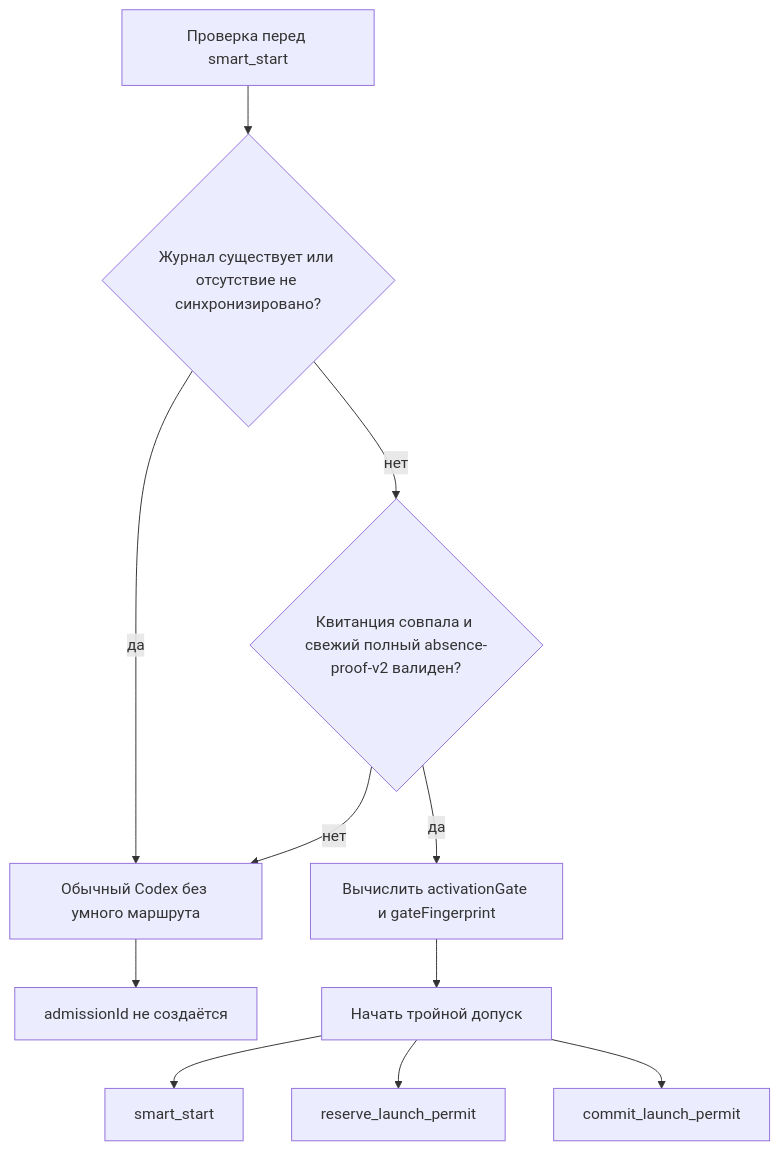
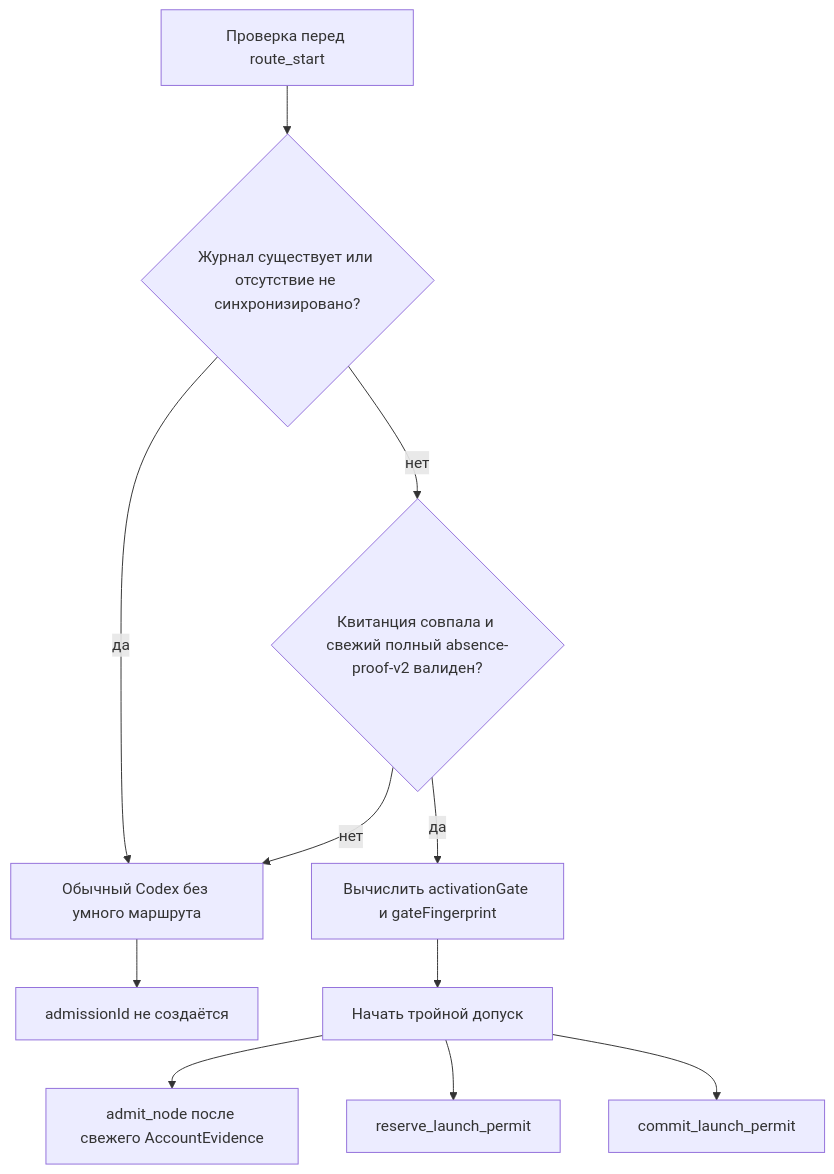
The fifth of 5 diagrams in docs/plans/2026-07-17-codex-capability-compatibility-idempotent-lifecycle-design.md (RussianLioN/codex-settings), drawn with Mermaid before and after one commit. The commit also changed other lines of this file and 291 other files, not shown here.

````diff
--- a/docs/plans/2026-07-17-codex-capability-compatibility-idempotent-lifecycle-design.md
+++ b/docs/plans/2026-07-17-codex-capability-compatibility-idempotent-lifecycle-design.md
@@ -337,13 +385,13 @@
 ```mermaid
 flowchart TD
-    I[Проверка перед smart_start] --> J{Журнал существует или отсутствие не синхронизировано?}
+    I[Проверка перед route_start] --> J{Журнал существует или отсутствие не синхронизировано?}
     J -->|да| O[Обычный Codex без умного маршрута]
     O --> N[admissionId не создаётся]
     J -->|нет| R{Квитанция совпала и свежий полный absence-proof-v2 валиден?}
     R -->|нет| O
     R -->|да| G[Вычислить activationGate и gateFingerprint]
     G --> T[Начать тройной допуск]
-    T --> S[smart_start]
+    T --> S[admit_node после свежего AccountEvidence]
     T --> P[reserve_launch_permit]
     T --> C[commit_launch_permit]
 ```
````
